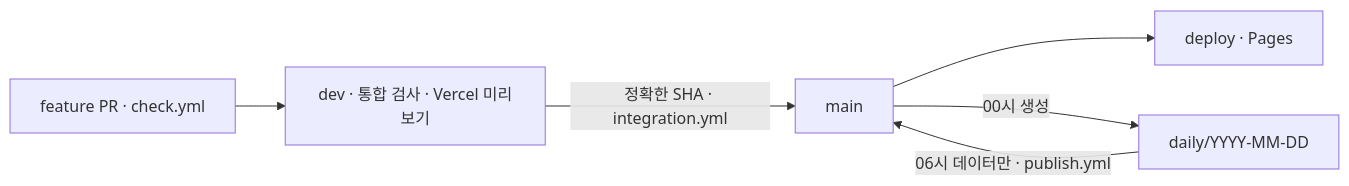
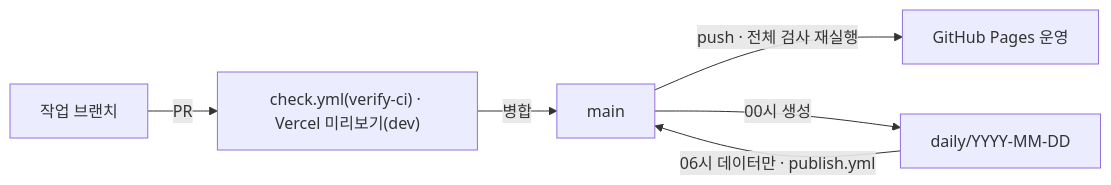
One commit to MinsangKwak/korea-jogan changed the diagram in docs/dev/branches.md. Above: the diagram before and after it, drawn with Mermaid. The commit also changed other lines of this file and 4 other files, not shown here.

First line of the commit message:
docs(docs): main 단일 브랜치와 PR 미리보기 흐름 반영

````diff
--- a/docs/dev/branches.md
+++ b/docs/dev/branches.md
@@ -19,8 +17,8 @@
 ```mermaid
 flowchart LR
-    F["feature PR · check.yml"] --> D["dev · 통합 검사 · Vercel 미리보기"]
-    D -->|"정확한 SHA · integration.yml"| M["main"]
-    M --> P["deploy · Pages"]
+    F["작업 브랜치"] -->|"PR"| P["check.yml(verify-ci) · Vercel 미리보기(dev)"]
+    P -->|"병합"| M["main"]
+    M -->|"push · 전체 검사 재실행"| G["GitHub Pages 운영"]
     M -->|"00시 생성"| Y["daily/YYYY-MM-DD"]
     Y -->|"06시 데이터만 · publish.yml"| M
 ```
````
